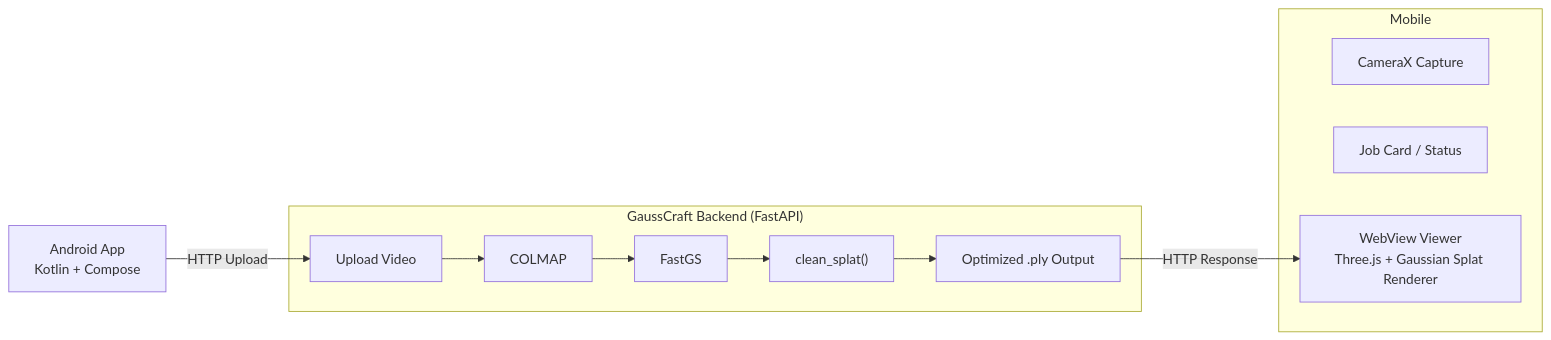
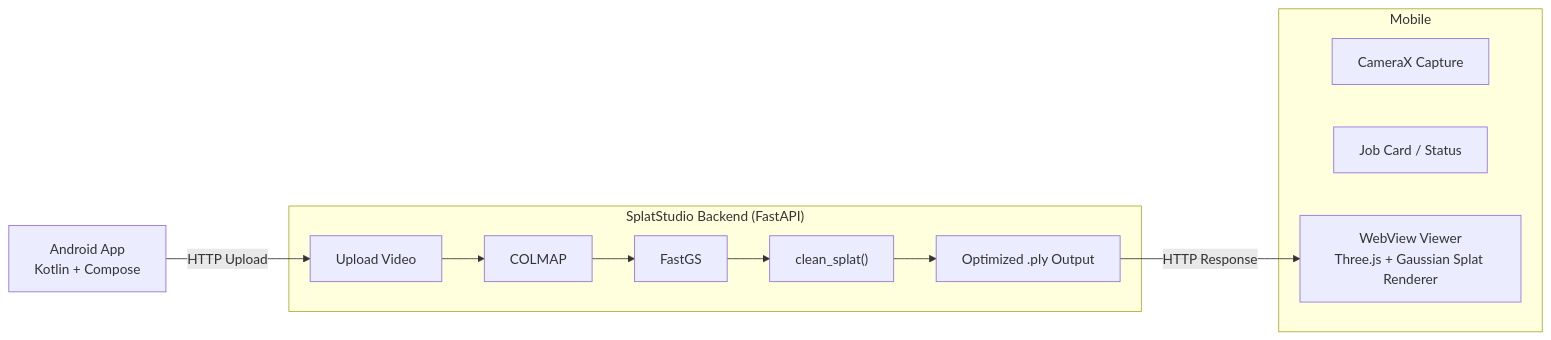
The diagram in README.md (adityandandia/SplatStudioApp), drawn with Mermaid before and after one commit. The commit also changed other lines of this file, not shown here.

Commit message:
Update README to reference SplatStudio backend

````diff
--- a/README.md
+++ b/README.md
@@ -63,26 +63,26 @@
 ```mermaid
 flowchart LR
 
 A["Android App<br/>Kotlin + Compose"]
 
 subgraph Mobile
 A1["CameraX Capture"]
 A2["Job Card / Status"]
 A3["WebView Viewer<br/>Three.js + Gaussian Splat Renderer"]
 end
 
-subgraph Backend["GaussCraft Backend (FastAPI)"]
+subgraph Backend["SplatStudio Backend (FastAPI)"]
 B1["Upload Video"]
 B2["COLMAP"]
 B3["FastGS"]
 B4["clean_splat()"]
 B5["Optimized .ply Output"]
 end
 
 A -->|HTTP Upload| B1
 B1 --> B2
 B2 --> B3
 B3 --> B4
 B4 --> B5
 B5 -->|HTTP Response| A3
 ```
````
